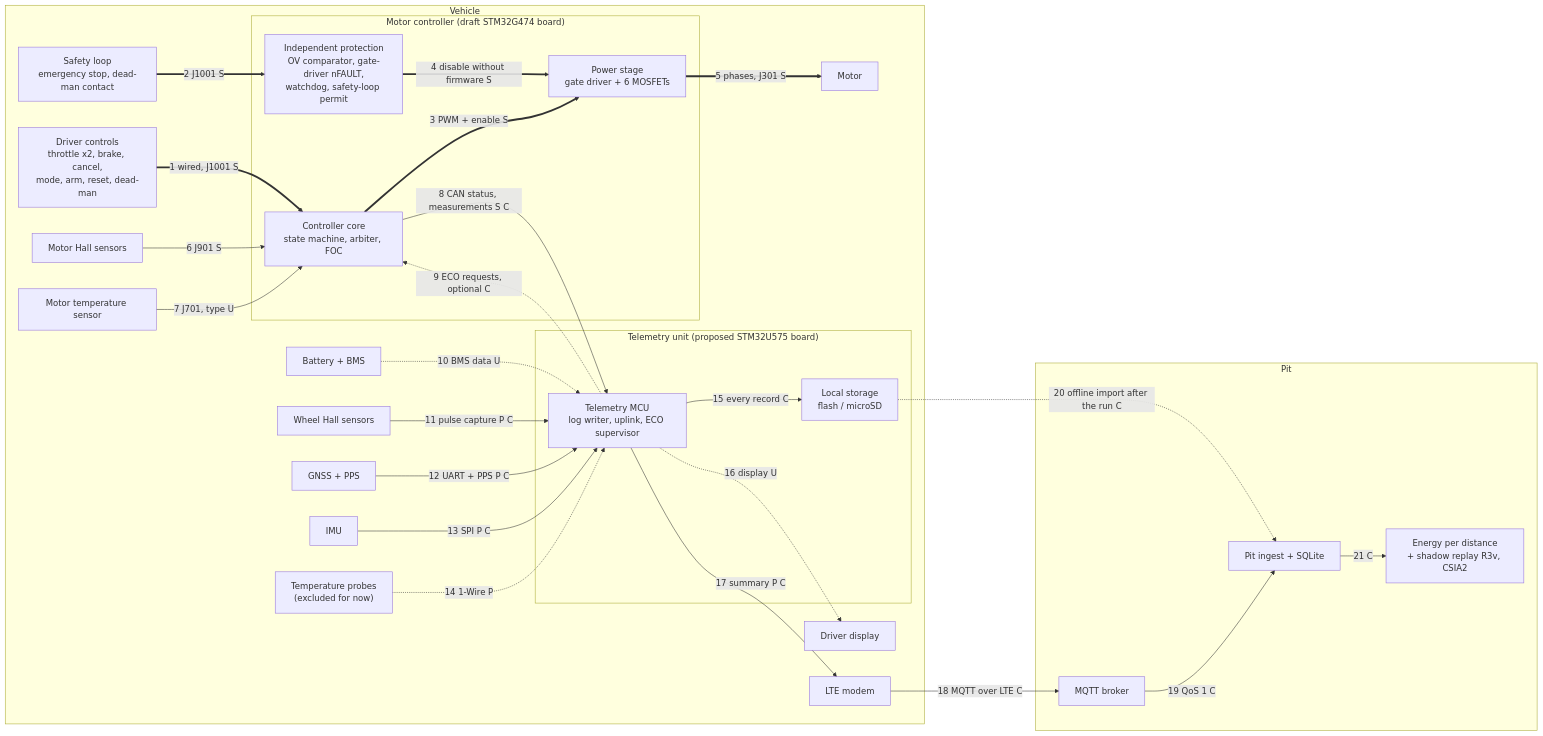
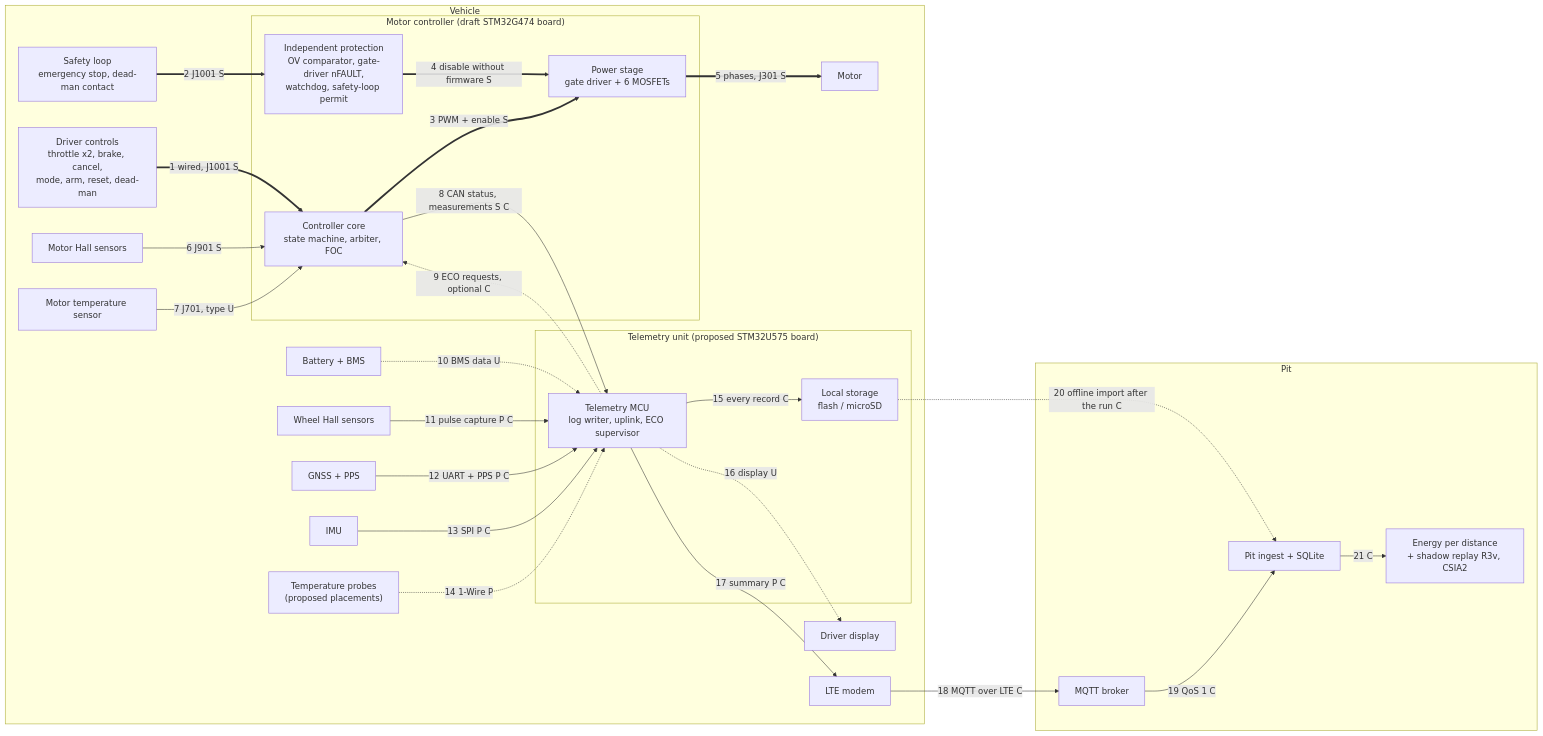
Before and after one commit to SWORT-Aerospace/sem-motor-controller: the first of 3 diagrams in README.md, drawn with Mermaid. The commit also changed other lines of this file and 12 other files, not shown here.

````diff
--- a/README.md
+++ b/README.md
@@ -44,52 +48,52 @@
 ```mermaid
 flowchart LR
   subgraph VEH["Vehicle"]
     LOOP["Safety loop<br/>emergency stop, dead-man contact"]
     DRV["Driver controls<br/>throttle x2, brake, cancel,<br/>mode, arm, reset, dead-man"]
     subgraph MCB["Motor controller (draft STM32G474 board)"]
       PROT["Independent protection<br/>OV comparator, gate-driver nFAULT,<br/>watchdog, safety-loop permit"]
       MC["Controller core<br/>state machine, arbiter, FOC"]
       PS["Power stage<br/>gate driver + 6 MOSFETs"]
     end
     MOT["Motor"]
     HALL["Motor Hall sensors"]
     MTEMP["Motor temperature sensor"]
     BMS["Battery + BMS"]
     subgraph TUB["Telemetry unit (proposed STM32U575 board)"]
       TU["Telemetry MCU<br/>log writer, uplink, ECO supervisor"]
       LOG["Local storage<br/>flash / microSD"]
     end
     WS["Wheel Hall sensors"]
     GNSS["GNSS + PPS"]
     IMU["IMU"]
-    TS["Temperature probes<br/>(excluded for now)"]
+    TS["Temperature probes<br/>(proposed placements)"]
     DISP["Driver display"]
     LTE["LTE modem"]
   end
   subgraph PITS["Pit"]
     BRK["MQTT broker"]
     PIT["Pit ingest + SQLite"]
     AN["Energy per distance<br/>+ shadow replay R3v, CSIA2"]
   end
   LOOP ==>|"2 J1001 S"| PROT
   DRV ==>|"1 wired, J1001 S"| MC
   MC ==>|"3 PWM + enable S"| PS
   PROT ==>|"4 disable without firmware S"| PS
   PS ==>|"5 phases, J301 S"| MOT
   HALL -->|"6 J901 S"| MC
   MTEMP -->|"7 J701, type U"| MC
   MC -->|"8 CAN status, measurements S C"| TU
   TU -.->|"9 ECO requests, optional C"| MC
   BMS -.->|"10 BMS data U"| TU
   WS -->|"11 pulse capture P C"| TU
   GNSS -->|"12 UART + PPS P C"| TU
   IMU -->|"13 SPI P C"| TU
   TS -.->|"14 1-Wire P"| TU
   TU -->|"15 every record C"| LOG
   TU -.->|"16 display U"| DISP
   TU -->|"17 summary P C"| LTE
   LTE -->|"18 MQTT over LTE C"| BRK
   BRK -->|"19 QoS 1 C"| PIT
   LOG -.->|"20 offline import after the run C"| PIT
   PIT -->|"21 C"| AN
 ```
````
